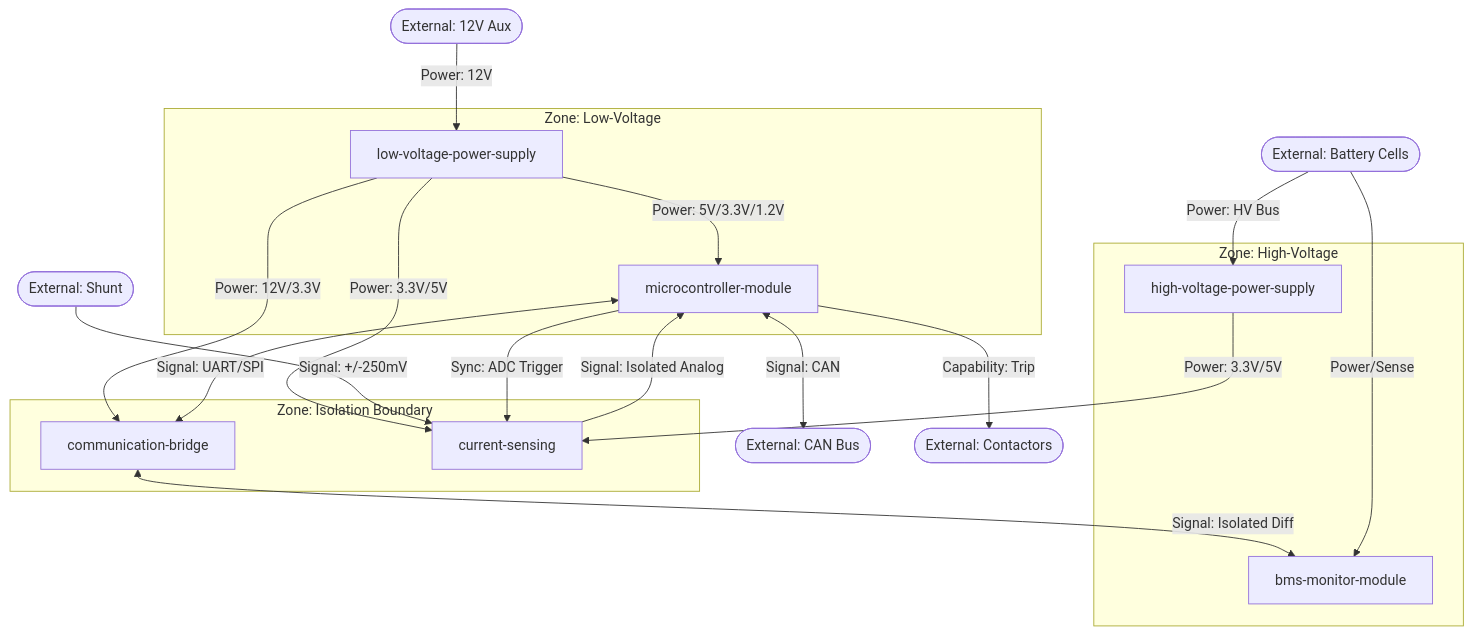
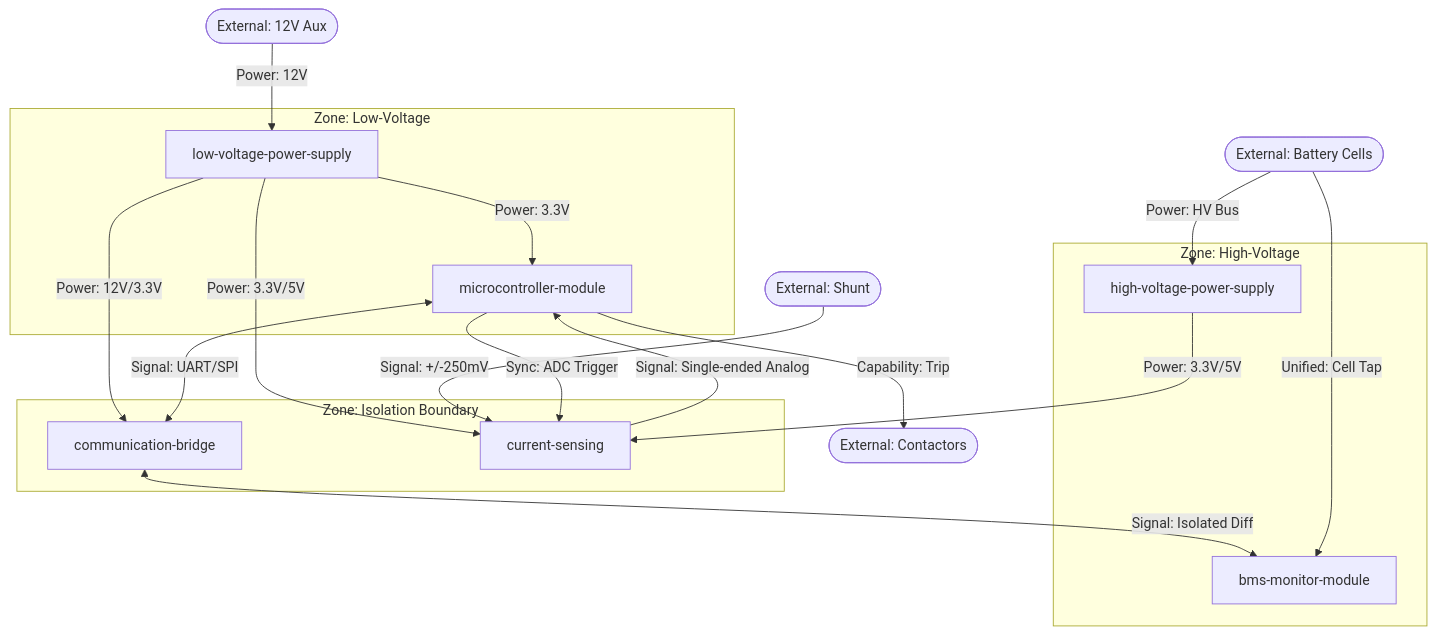
One commit to vivekvjnk/bms-project changed the diagram in system-boundary.md. Above: the diagram before and after it, drawn with Mermaid. The commit also changed other lines of this file and 6 other files, not shown here.

````diff
--- a/system-boundary.md
+++ b/system-boundary.md
@@ -64,43 +63,41 @@
 ```mermaid
 graph TD
 
   subgraph LV_Zone ["Zone: Low-Voltage"]
     MCU[microcontroller-module]
     LVPS[low-voltage-power-supply]
   end
 
   subgraph HV_Zone ["Zone: High-Voltage"]
     BMM[bms-monitor-module]
     HVPS[high-voltage-power-supply]
   end
 
   subgraph ISO_Zone ["Zone: Isolation Boundary"]
     CB[communication-bridge]
     CS[current-sensing]
   end
 
   EXT_AUX([External: 12V Aux])
   EXT_CELLS([External: Battery Cells])
   EXT_SHUNT([External: Shunt])
-  EXT_CAN([External: CAN Bus])
   EXT_CONT([External: Contactors])
 
   EXT_AUX -->|Power: 12V| LVPS
-  LVPS -->|Power: 5V/3.3V/1.2V| MCU
+  LVPS -->|Power: 3.3V| MCU
   LVPS -->|Power: 12V/3.3V| CB
   LVPS -->|Power: 3.3V/5V| CS
 
   MCU <-->|Signal: UART/SPI| CB
   CB <-->|Signal: Isolated Diff| BMM
   
-  EXT_CELLS -->|Power/Sense| BMM
+  EXT_CELLS -->|Unified: Cell Tap| BMM
   EXT_CELLS -->|Power: HV Bus| HVPS
   HVPS -->|Power: 3.3V/5V| CS
   
   EXT_SHUNT -->|Signal: +/-250mV| CS
-  CS -->|Signal: Isolated Analog| MCU
+  CS -->|Signal: Single-ended Analog| MCU
   
   MCU -->|Sync: ADC Trigger| CS
   MCU -->|Capability: Trip| EXT_CONT
-  MCU <-->|Signal: CAN| EXT_CAN
 ```
````
